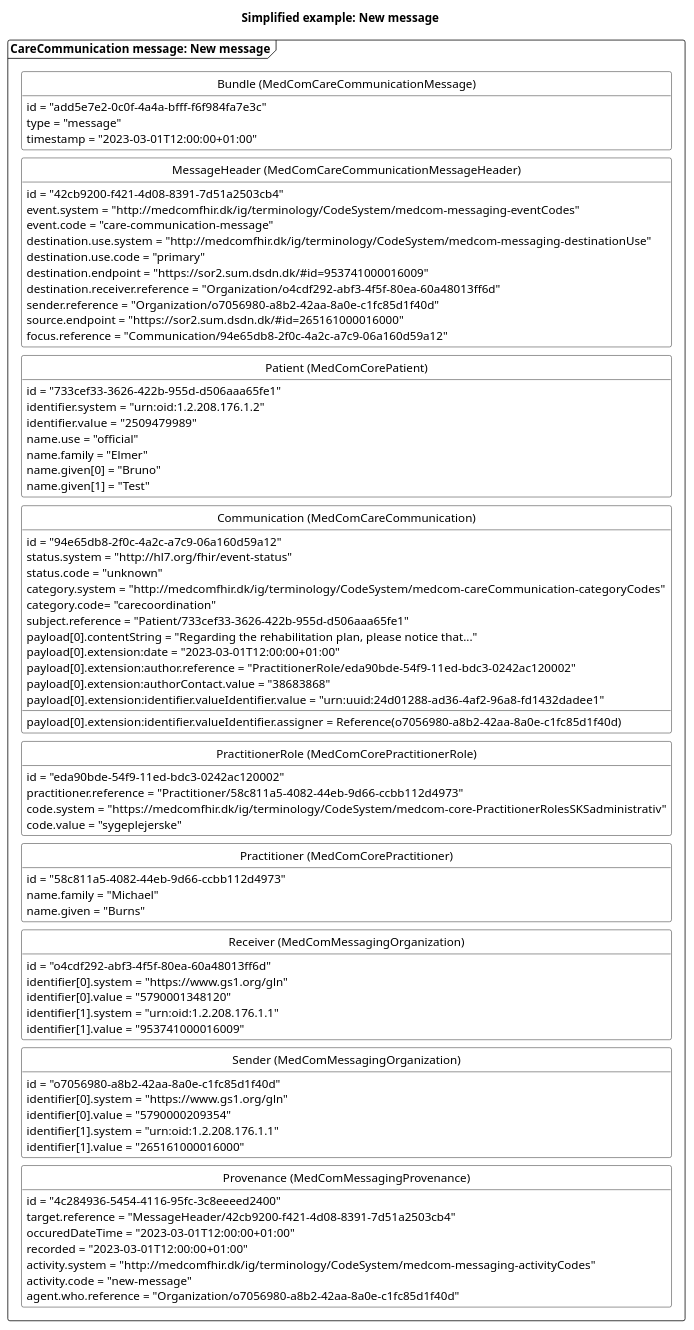
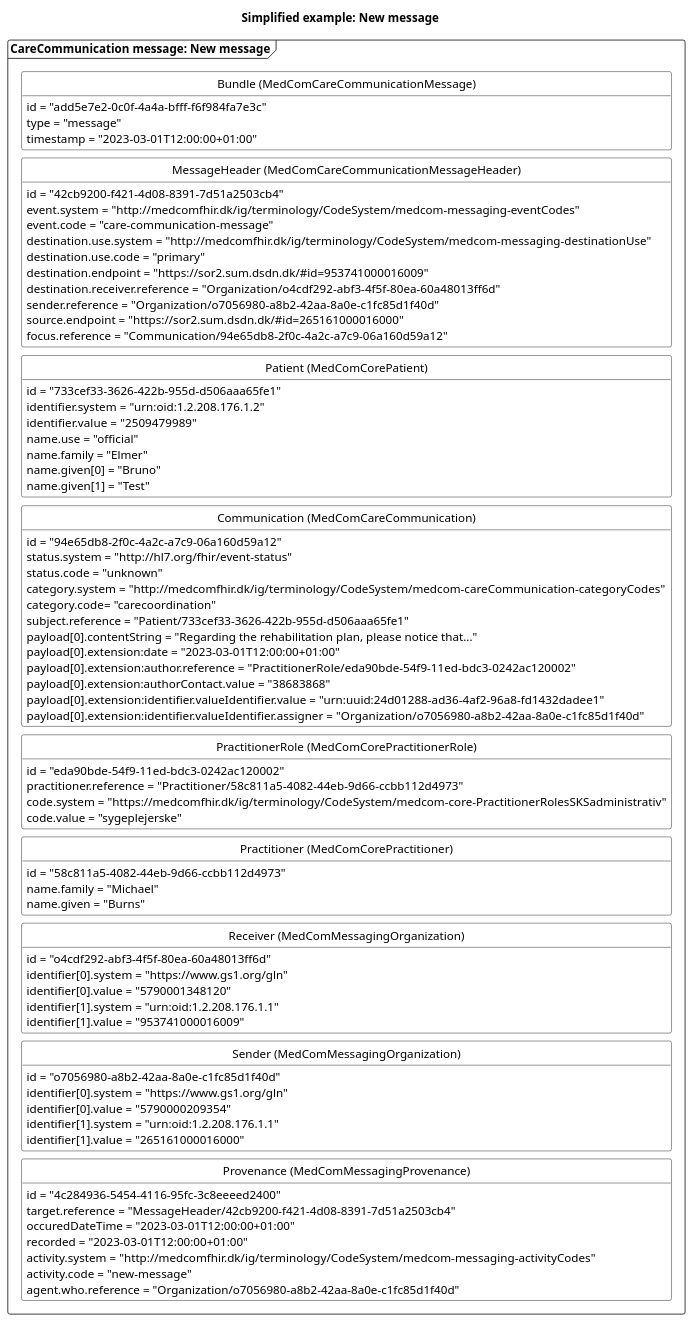
One commit to medcomdk/dk-medcom-carecommunication changed the diagram in puml/CareCommunicationNewMessage.puml. Above: the diagram before and after it, drawn with PlantUML. The commit also changed 9 other files, not shown here.

```diff
--- a/puml/CareCommunicationNewMessage.puml
+++ b/puml/CareCommunicationNewMessage.puml
@@ -1,105 +1,105 @@
 @startuml CCNewMessage
 
 'layout
 skinparam class {
     BackgroundColor White
     BorderColor Black
     ArrowColor Black
   }
 hide circle
 hide empty members
 skinparam SameClassWidth true
 skinparam Ranksep 10
 
 
 'title
 title Simplified example: New message
 
 'Message 1: New message
 package "CareCommunication message: New message" as new <<Frame>>{
     class "Bundle (MedComCareCommunicationMessage)" as newB {
         id = "add5e7e2-0c0f-4a4a-bfff-f6f984fa7e3c"
         type = "message"
         timestamp = "2023-03-01T12:00:00+01:00"
     }
     class "MessageHeader (MedComCareCommunicationMessageHeader)" as newMH{
         id = "42cb9200-f421-4d08-8391-7d51a2503cb4"
         event.system = "http://medcomfhir.dk/ig/terminology/CodeSystem/medcom-messaging-eventCodes"
         event.code = "care-communication-message"
         destination.use.system = "http://medcomfhir.dk/ig/terminology/CodeSystem/medcom-messaging-destinationUse"
         destination.use.code = "primary"
         destination.endpoint = "https://sor2.sum.dsdn.dk/#id=953741000016009"
         destination.receiver.reference = "Organization/o4cdf292-abf3-4f5f-80ea-60a48013ff6d"
         sender.reference = "Organization/o7056980-a8b2-42aa-8a0e-c1fc85d1f40d"
         source.endpoint = "https://sor2.sum.dsdn.dk/#id=265161000016000"
         focus.reference = "Communication/94e65db8-2f0c-4a2c-a7c9-06a160d59a12"
     }
     class "Patient (MedComCorePatient)" as newPT{
         id = "733cef33-3626-422b-955d-d506aaa65fe1"
         identifier.system = "urn:oid:1.2.208.176.1.2"
         identifier.value = "2509479989"
         name.use = "official"
         name.family = "Elmer"
         name.given[0] = "Bruno"
         name.given[1] = "Test"
     }
     class "Communication (MedComCareCommunication)" as newCom{
         id = "94e65db8-2f0c-4a2c-a7c9-06a160d59a12"
         status.system = "http://hl7.org/fhir/event-status" 
         status.code = "unknown"
         category.system = "http://medcomfhir.dk/ig/terminology/CodeSystem/medcom-careCommunication-categoryCodes"
         category.code= "carecoordination"
         subject.reference = "Patient/733cef33-3626-422b-955d-d506aaa65fe1"
         payload[0].contentString = "Regarding the rehabilitation plan, please notice that..."
         payload[0].extension:date = "2023-03-01T12:00:00+01:00"
         payload[0].extension:author.reference = "PractitionerRole/eda90bde-54f9-11ed-bdc3-0242ac120002"
         payload[0].extension:authorContact.value = "38683868"
         payload[0].extension:identifier.valueIdentifier.value = "urn:uuid:24d01288-ad36-4af2-96a8-fd1432dadee1"
-        payload[0].extension:identifier.valueIdentifier.assigner = Reference(o7056980-a8b2-42aa-8a0e-c1fc85d1f40d)
+        payload[0].extension:identifier.valueIdentifier.assigner = "Organization/o7056980-a8b2-42aa-8a0e-c1fc85d1f40d"
     }
     class "PractitionerRole (MedComCorePractitionerRole)" as newPracR{
         id = "eda90bde-54f9-11ed-bdc3-0242ac120002"
         practitioner.reference = "Practitioner/58c811a5-4082-44eb-9d66-ccbb112d4973"
         code.system = "https://medcomfhir.dk/ig/terminology/CodeSystem/medcom-core-PractitionerRolesSKSadministrativ"
         code.value = "sygeplejerske"
     }
     class "Practitioner (MedComCorePractitioner)" as newPrac{
         id = "58c811a5-4082-44eb-9d66-ccbb112d4973"
         name.family = "Michael"
         name.given = "Burns"
     }
     class "Receiver (MedComMessagingOrganization)" as newROrg{
         id = "o4cdf292-abf3-4f5f-80ea-60a48013ff6d"
         identifier[0].system = "https://www.gs1.org/gln"
         identifier[0].value = "5790001348120"
         identifier[1].system = "urn:oid:1.2.208.176.1.1"
         identifier[1].value = "953741000016009"
     }
     class "Sender (MedComMessagingOrganization)" as newSOrg{
         id = "o7056980-a8b2-42aa-8a0e-c1fc85d1f40d"
         identifier[0].system = "https://www.gs1.org/gln"
         identifier[0].value = "5790000209354"
         identifier[1].system = "urn:oid:1.2.208.176.1.1"
         identifier[1].value = "265161000016000"
     }
     class "Provenance (MedComMessagingProvenance)" as newPRO{
         id = "4c284936-5454-4116-95fc-3c8eeeed2400"
         target.reference = "MessageHeader/42cb9200-f421-4d08-8391-7d51a2503cb4"
         occuredDateTime = "2023-03-01T12:00:00+01:00"
         recorded = "2023-03-01T12:00:00+01:00"
         activity.system = "http://medcomfhir.dk/ig/terminology/CodeSystem/medcom-messaging-activityCodes"
         activity.code = "new-message"
         agent.who.reference = "Organization/o7056980-a8b2-42aa-8a0e-c1fc85d1f40d"
     }
 
 newB -[hidden]- newMH
 newMH -[hidden]-newPT
 newPT-[hidden]-newCom
 newCom -[hidden]-newPracR
 newPracR-[hidden]-newPrac
 newPrac-[hidden]-newROrg
 newROrg-[hidden]- newSOrg
 newSOrg-[hidden]-newPRO
 
 
 @enduml
```
